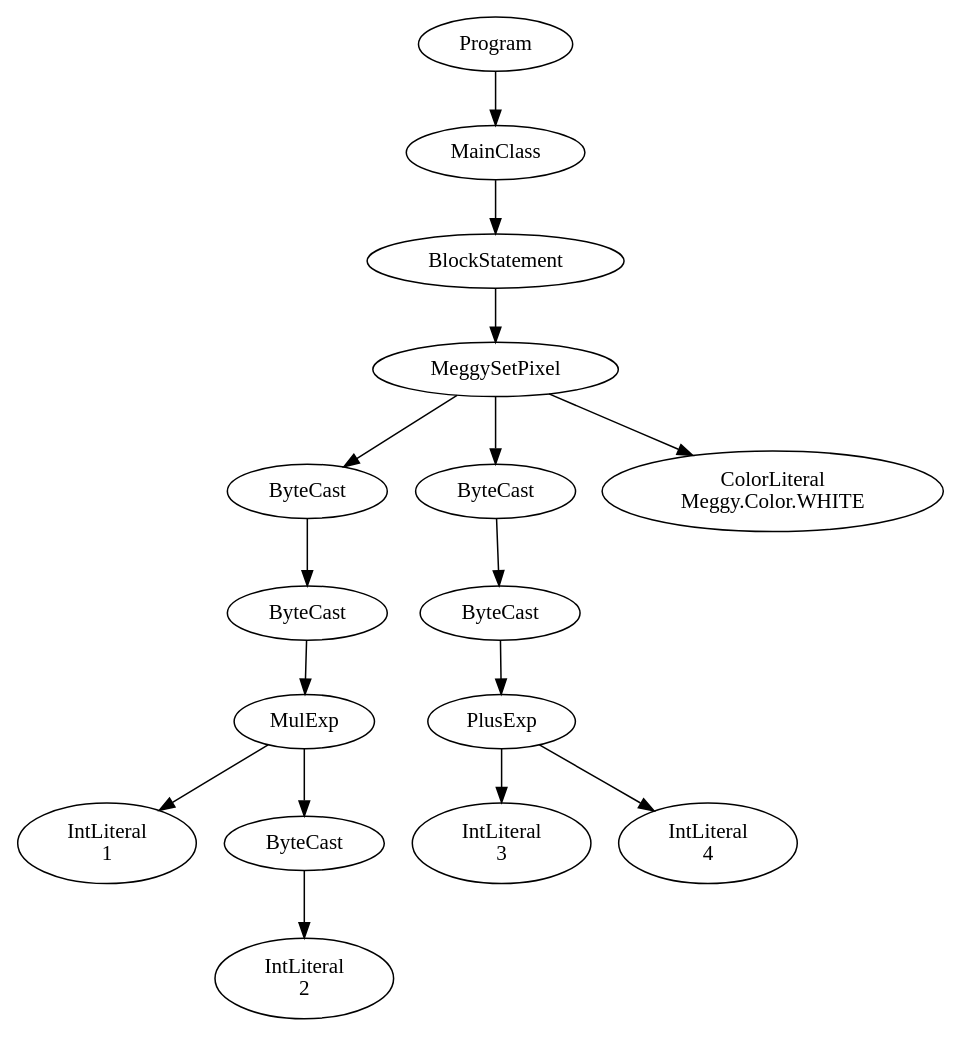
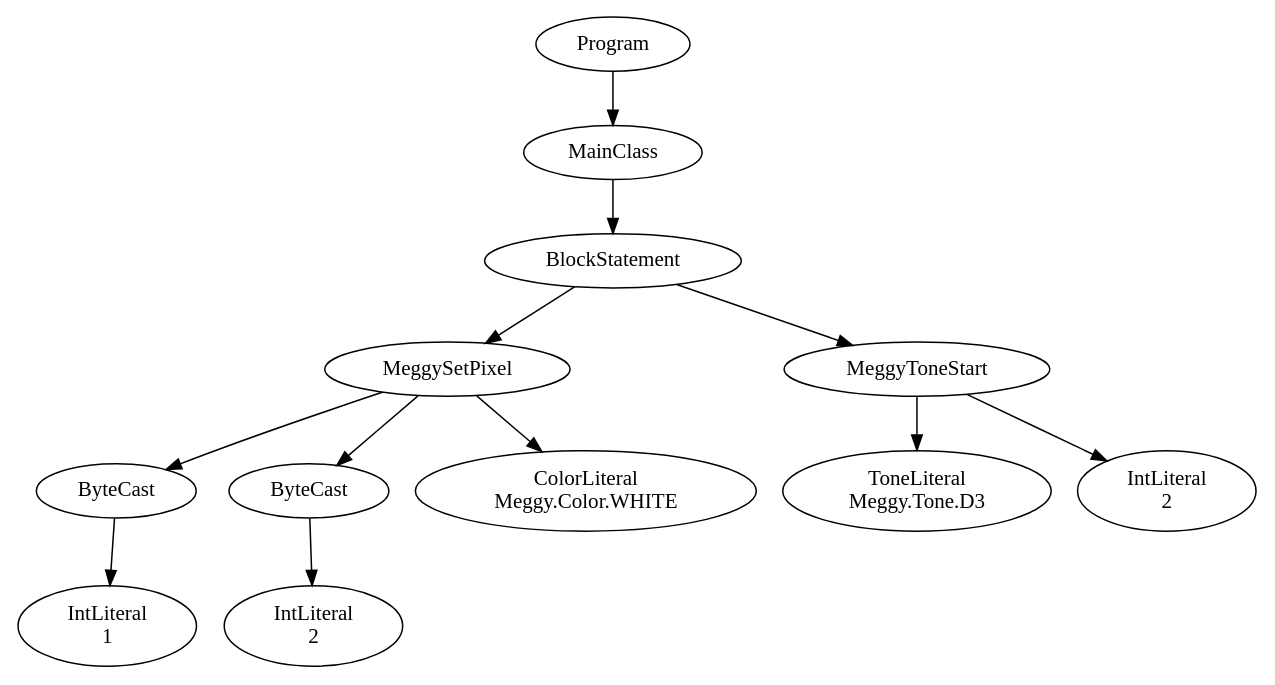
One commit to vg5ak/PA4 changed the diagram in PA3Start/Byte.java.ast.dot. Above: the diagram before and after it, drawn with Graphviz. The commit also changed 114 other files, not shown here.

```diff
--- a/PA3Start/Byte.java.ast.dot
+++ b/PA3Start/Byte.java.ast.dot
@@ -1,33 +1,25 @@
 digraph ASTGraph {
 0 [ label="Program" ];
 1 [ label="MainClass" ];
 0 -> 1
 2 [ label="BlockStatement" ];
 1 -> 2
 3 [ label="MeggySetPixel" ];
 2 -> 3
 4 [ label="ByteCast" ];
 3 -> 4
-5 [ label="ByteCast" ];
+5 [ label="IntLiteral\n1" ];
 4 -> 5
-6 [ label="MulExp" ];
-5 -> 6
-7 [ label="IntLiteral\n1" ];
+6 [ label="ByteCast" ];
+3 -> 6
+7 [ label="IntLiteral\n2" ];
 6 -> 7
-8 [ label="ByteCast" ];
-6 -> 8
-9 [ label="IntLiteral\n2" ];
-8 -> 9
-10 [ label="ByteCast" ];
-3 -> 10
-11 [ label="ByteCast" ];
-10 -> 11
-12 [ label="PlusExp" ];
-11 -> 12
-13 [ label="IntLiteral\n3" ];
-12 -> 13
-14 [ label="IntLiteral\n4" ];
-12 -> 14
-15 [ label="ColorLiteral\nMeggy.Color.WHITE" ];
-3 -> 15
+8 [ label="ColorLiteral\nMeggy.Color.WHITE" ];
+3 -> 8
+9 [ label="MeggyToneStart" ];
+2 -> 9
+10 [ label="ToneLiteral\nMeggy.Tone.D3" ];
+9 -> 10
+11 [ label="IntLiteral\n2" ];
+9 -> 11
 }
```
